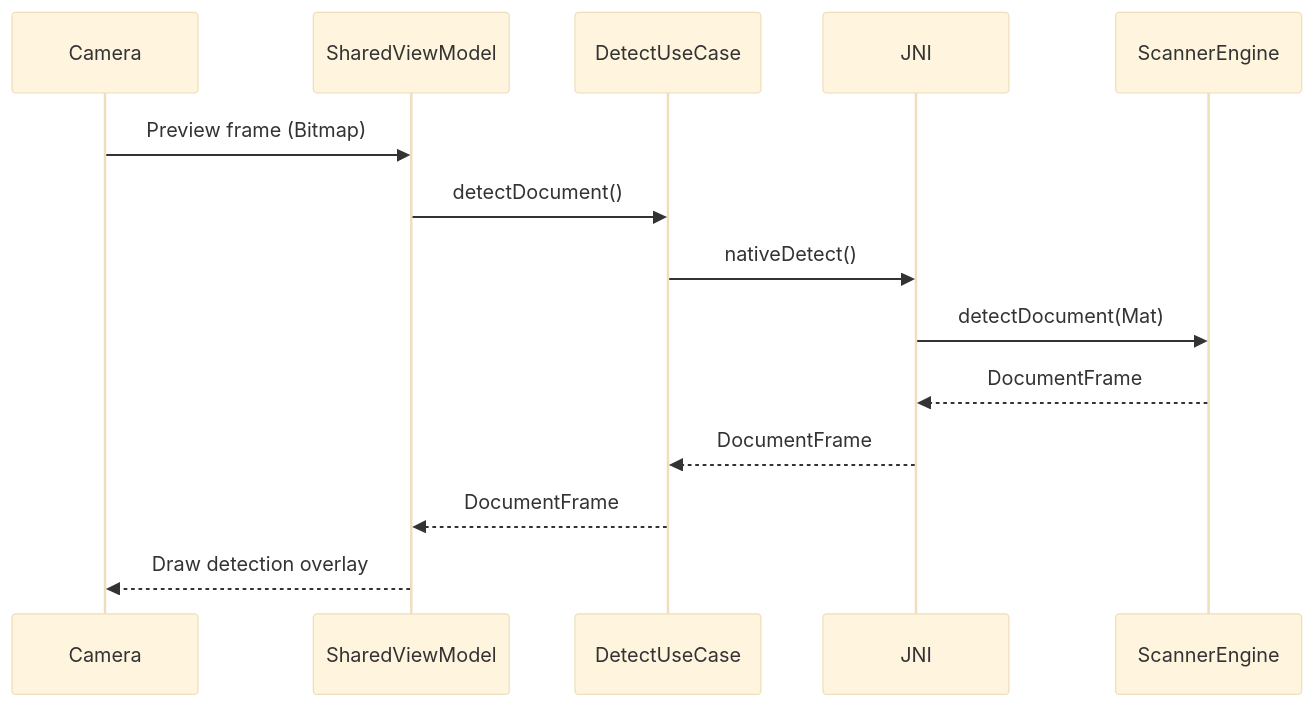
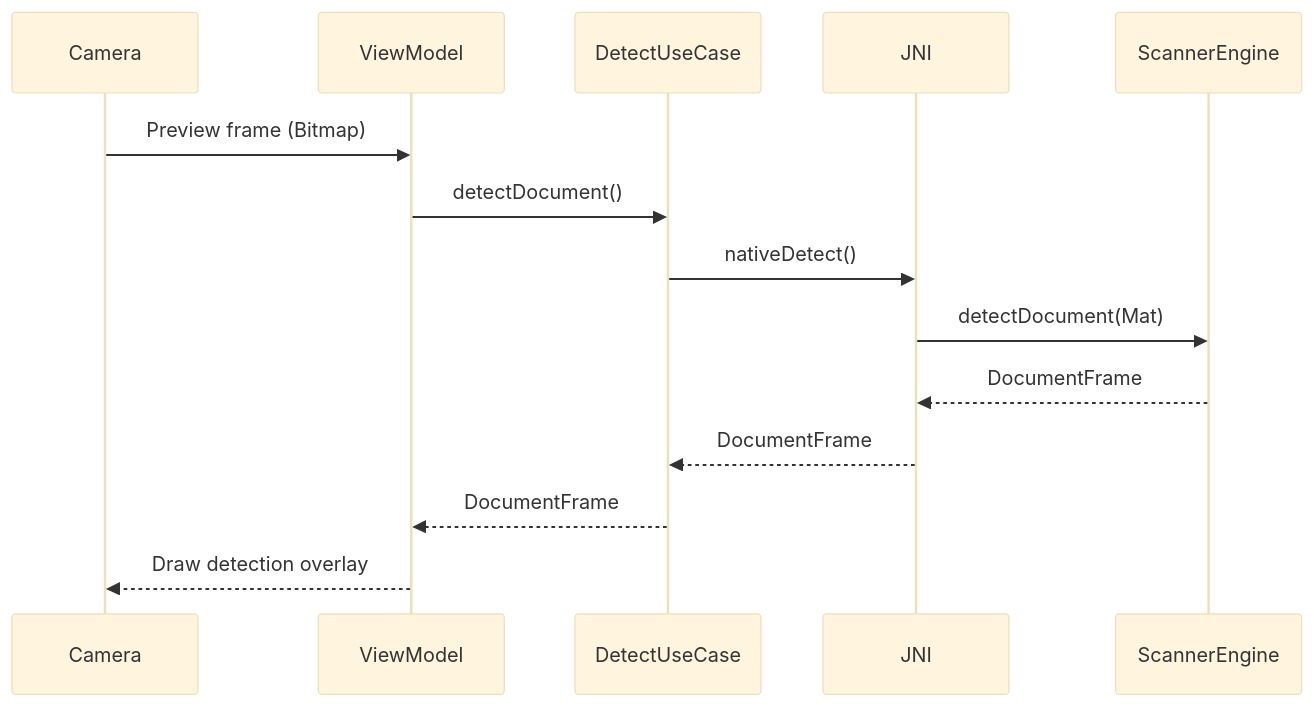
The fourth of 9 diagrams in README.md (goodmidnight/native), drawn with Mermaid (base theme) before and after one commit. The commit also changed other lines of this file, not shown here.

First line of the commit message:
docs(readme): simplify architecture diagrams and project documentation

````diff
--- a/README.md
+++ b/README.md
@@ -216,17 +162,17 @@
 ```mermaid
 sequenceDiagram
     participant Camera
-    participant SharedViewModel
+    participant ViewModel
     participant DetectUseCase
     participant JNI
     participant ScannerEngine
 
-    Camera->>SharedViewModel: Preview frame (Bitmap)
-    SharedViewModel->>DetectUseCase: detectDocument()
+    Camera->>ViewModel: Preview frame (Bitmap)
+    ViewModel->>DetectUseCase: detectDocument()
     DetectUseCase->>JNI: nativeDetect()
     JNI->>ScannerEngine: detectDocument(Mat)
     ScannerEngine-->>JNI: DocumentFrame
     JNI-->>DetectUseCase: DocumentFrame
-    DetectUseCase-->>SharedViewModel: DocumentFrame
-    SharedViewModel-->>Camera: Draw detection overlay
+    DetectUseCase-->>ViewModel: DocumentFrame
+    ViewModel-->>Camera: Draw detection overlay
 ```
````
